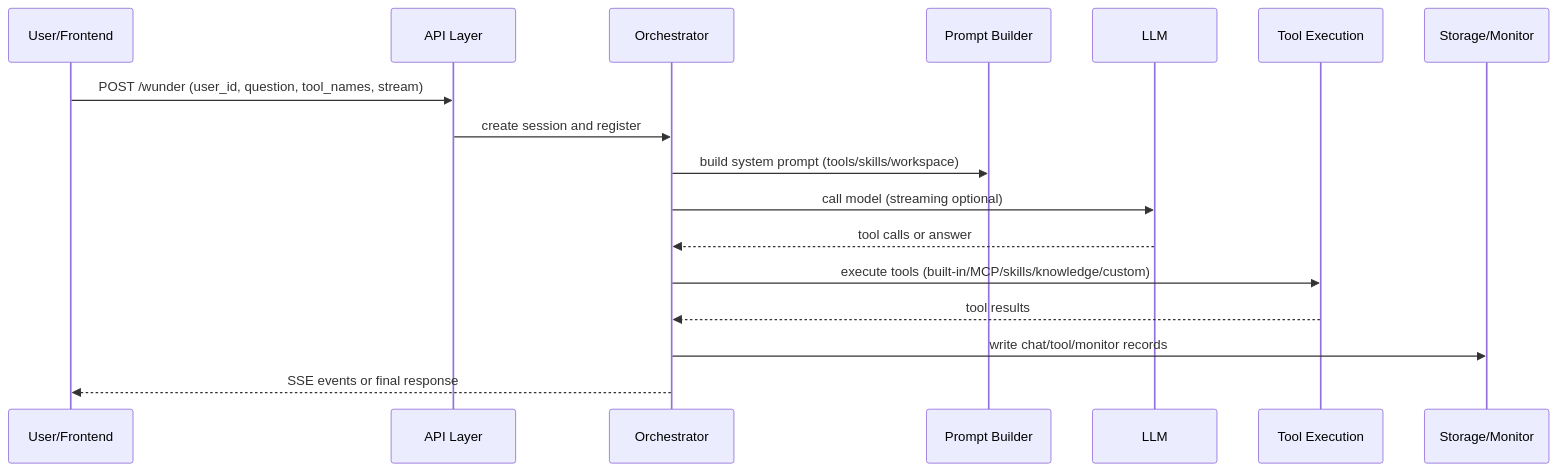
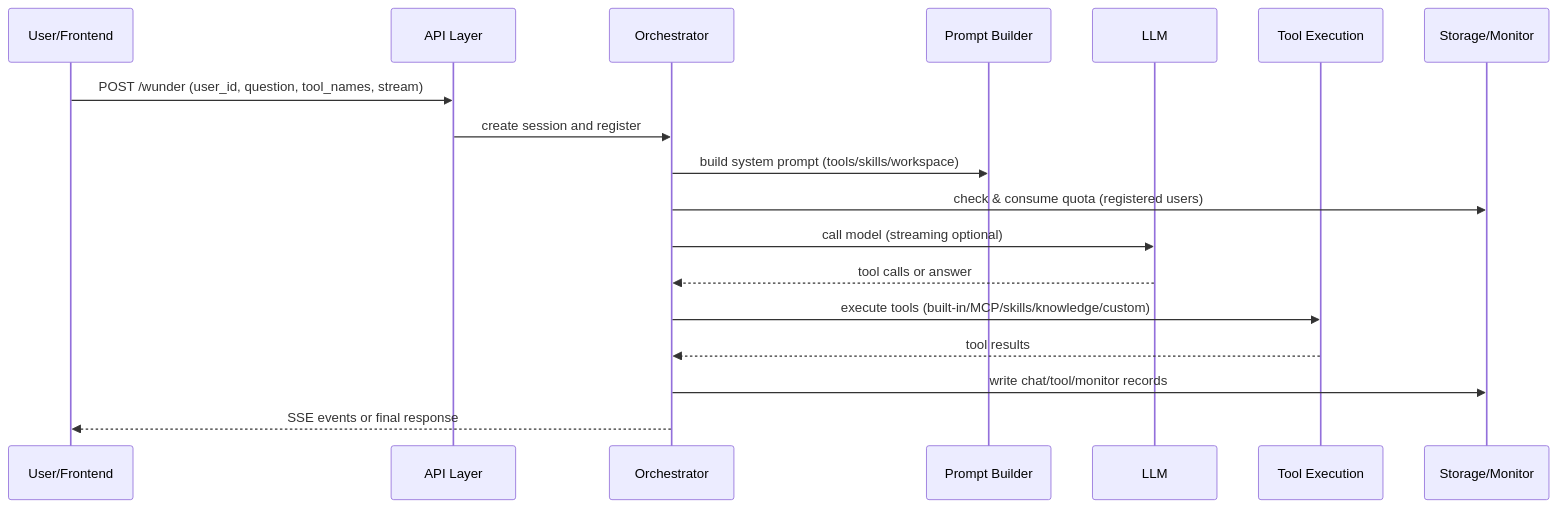
The diagram in docs/diagrams/system-intro-en/02-request-flow.mmd (ylsdamxssjxxdd/wunder), drawn with Mermaid before and after one commit. The commit also changed 32 other files, not shown here.

```diff
--- a/docs/diagrams/system-intro-en/02-request-flow.mmd
+++ b/docs/diagrams/system-intro-en/02-request-flow.mmd
@@ -1,18 +1,19 @@
 sequenceDiagram
   participant U as User/Frontend
   participant API as API Layer
   participant O as Orchestrator
   participant P as Prompt Builder
   participant L as LLM
   participant T as Tool Execution
   participant S as Storage/Monitor
 
   U->>API: POST /wunder (user_id, question, tool_names, stream)
   API->>O: create session and register
   O->>P: build system prompt (tools/skills/workspace)
+  O->>S: check & consume quota (registered users)
   O->>L: call model (streaming optional)
   L-->>O: tool calls or answer
   O->>T: execute tools (built-in/MCP/skills/knowledge/custom)
   T-->>O: tool results
   O->>S: write chat/tool/monitor records
   O-->>U: SSE events or final response
```
